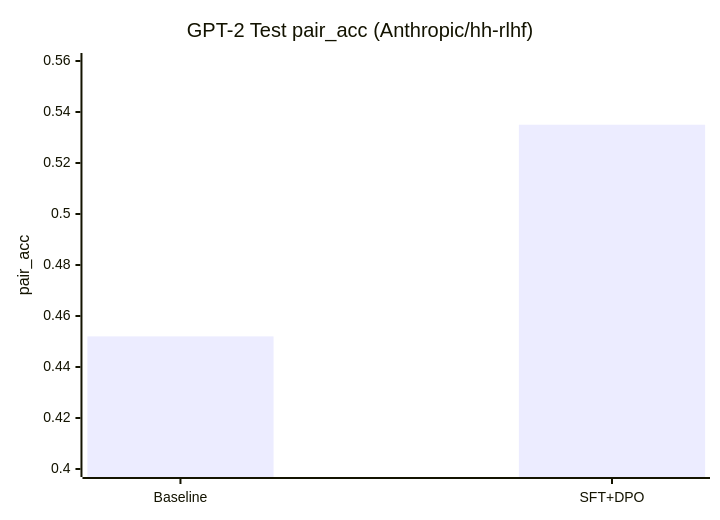
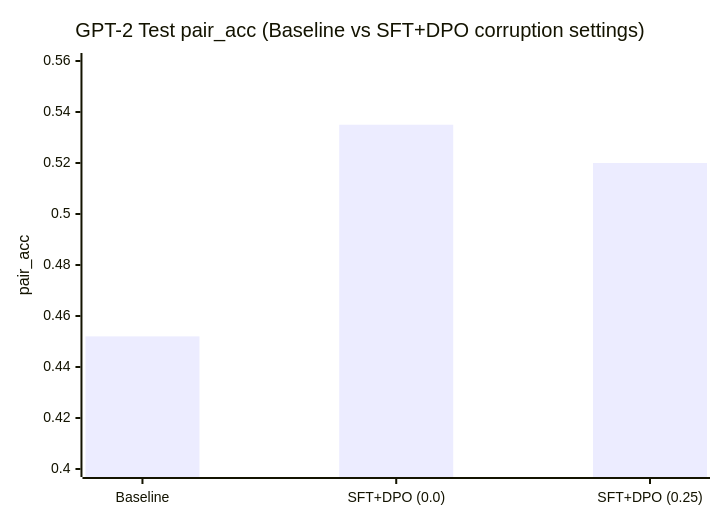
One commit to ethanlou36/implicit_finetuning changed the first of 2 diagrams in README.md. Above: the diagram before and after it, drawn with Mermaid. The commit also changed other lines of this file, not shown here.

Commit message:
corruption=0.25

````diff
--- a/README.md
+++ b/README.md
@@ -121,7 +122,7 @@
 ```mermaid
 xychart-beta
-    title "GPT-2 Test pair_acc (Anthropic/hh-rlhf)"
-    x-axis ["Baseline", "SFT+DPO"]
+    title "GPT-2 Test pair_acc (Baseline vs SFT+DPO corruption settings)"
+    x-axis ["Baseline", "SFT+DPO (0.0)", "SFT+DPO (0.25)"]
     y-axis "pair_acc" 0.40 --> 0.56
-    bar [0.452, 0.535]
+    bar [0.452, 0.535, 0.520]
 ```
````
